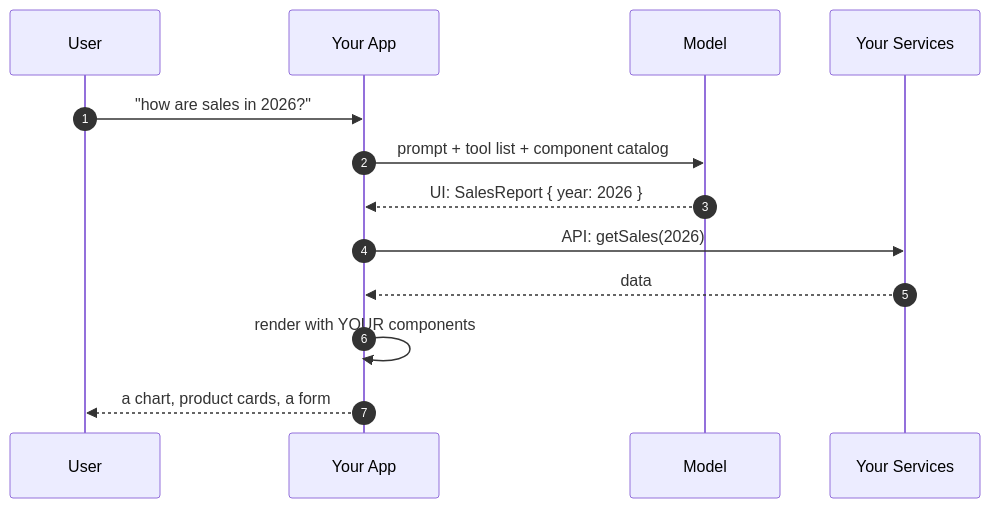
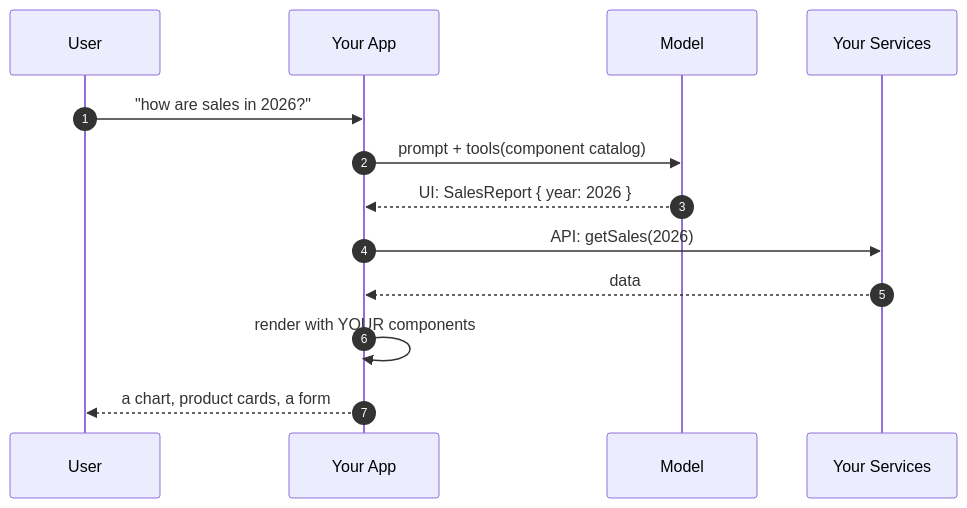
Before and after one commit to fb-talks/generative-ui: the second of 4 diagrams in decks/09-short-version.md, drawn with Mermaid. The commit also changed other lines of this file, not shown here.

````diff
--- a/decks/09-short-version.md
+++ b/decks/09-short-version.md
@@ -232,16 +232,16 @@
 ```mermaid
 sequenceDiagram
     autonumber
     participant U as User
     participant A as Your App
     participant M as Model
     participant S as Your Services
 
     U->>A: "how are sales in 2026?"
-    A->>M: prompt + tool list + component catalog
+    A->>M: prompt + tools(component catalog)
     M-->>A: UI: SalesReport { year: 2026 }
     A->>S: API: getSales(2026)
     S-->>A: data
     A->>A: render with YOUR components
     A-->>U: a chart, product cards, a form
 ```
````
